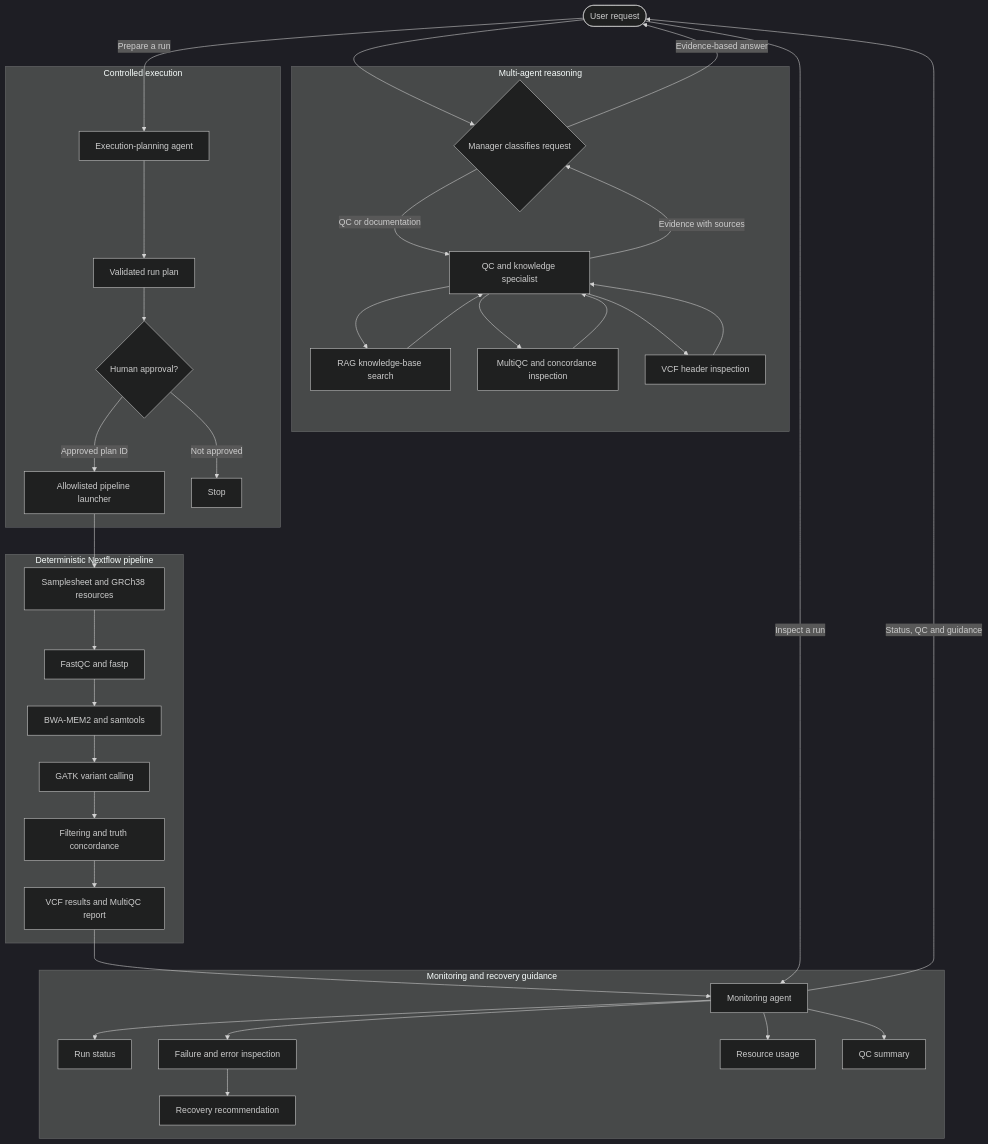
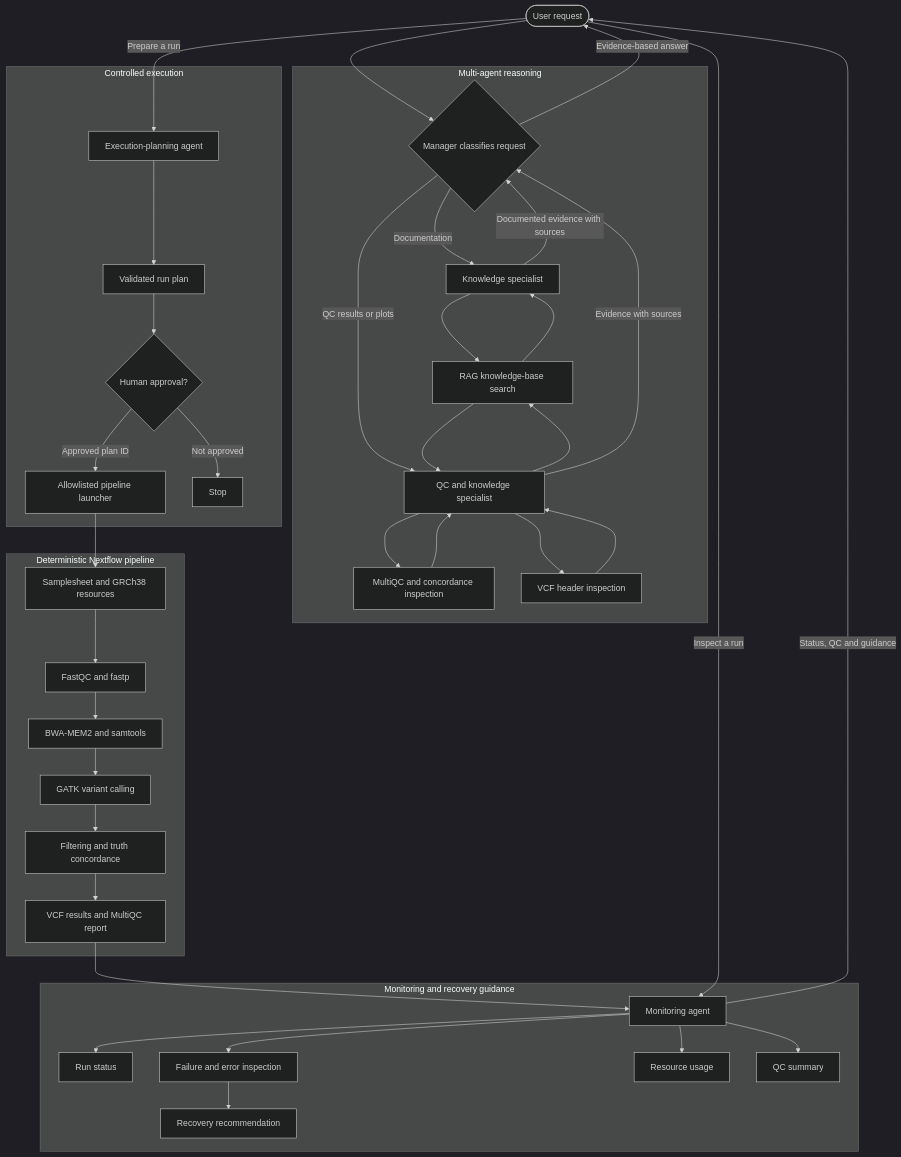
Before and after one commit to zejunyan/variant-agent: the second of 2 diagrams in README.md, drawn with Mermaid (dark theme). The commit also changed other lines of this file and 10 other files, not shown here.

Commit message:
Add knowledge specialist, manager routing, and QC plotting

````diff
--- a/README.md
+++ b/README.md
@@ -60,73 +63,78 @@
 ```mermaid
 flowchart TD
     USER([User request])
 
     subgraph MULTI["Multi-agent reasoning"]
         MANAGER{"Manager classifies request"}
         QC["QC and knowledge specialist"]
         RAG["RAG knowledge-base search"]
         QCRESULTS["MultiQC and concordance inspection"]
         VCF["VCF header inspection"]
 
-        MANAGER -->|"QC or documentation"| QC
+        KNOWLEDGE["Knowledge specialist"]
+        MANAGER -->|"Documentation"| KNOWLEDGE
+        KNOWLEDGE --> RAG
+        RAG --> KNOWLEDGE
+        KNOWLEDGE -->|"Documented evidence with sources"| MANAGER
+        MANAGER -->|"QC results or plots"| QC
         QC --> RAG
         QC --> QCRESULTS
         QC --> VCF
         RAG --> QC
         QCRESULTS --> QC
         VCF --> QC
         QC -->|"Evidence with sources"| MANAGER
     end
 
     subgraph CONTROL["Controlled execution"]
         PLANNER["Execution-planning agent"]
         PLAN["Validated run plan"]
         APPROVAL{"Human approval?"}
         LAUNCHER["Allowlisted pipeline launcher"]
 
         PLANNER --> PLAN
         PLAN --> APPROVAL
         APPROVAL -->|"Approved plan ID"| LAUNCHER
         APPROVAL -->|"Not approved"| STOP["Stop"]
     end
 
     subgraph PIPELINE["Deterministic Nextflow pipeline"]
         INPUT["Samplesheet and GRCh38 resources"]
         PREPROCESS["FastQC and fastp"]
         ALIGN["BWA-MEM2 and samtools"]
         CALL["GATK variant calling"]
         FILTER["Filtering and truth concordance"]
         REPORT["VCF results and MultiQC report"]
 
         INPUT --> PREPROCESS
         PREPROCESS --> ALIGN
         ALIGN --> CALL
         CALL --> FILTER
         FILTER --> REPORT
     end
 
     subgraph MONITOR["Monitoring and recovery guidance"]
         MONITOR_AGENT["Monitoring agent"]
         STATUS["Run status"]
         FAILURE["Failure and error inspection"]
         RESOURCE["Resource usage"]
         QCSUMMARY["QC summary"]
         RECOVERY["Recovery recommendation"]
 
         MONITOR_AGENT --> STATUS
         MONITOR_AGENT --> FAILURE
         MONITOR_AGENT --> RESOURCE
         MONITOR_AGENT --> QCSUMMARY
         FAILURE --> RECOVERY
     end
 
     USER --> MANAGER
     MANAGER -->|"Evidence-based answer"| USER
 
     USER -->|"Prepare a run"| PLANNER
     LAUNCHER --> INPUT
 
     REPORT --> MONITOR_AGENT
     USER -->|"Inspect a run"| MONITOR_AGENT
     MONITOR_AGENT -->|"Status, QC and guidance"| USER
 ```
````
